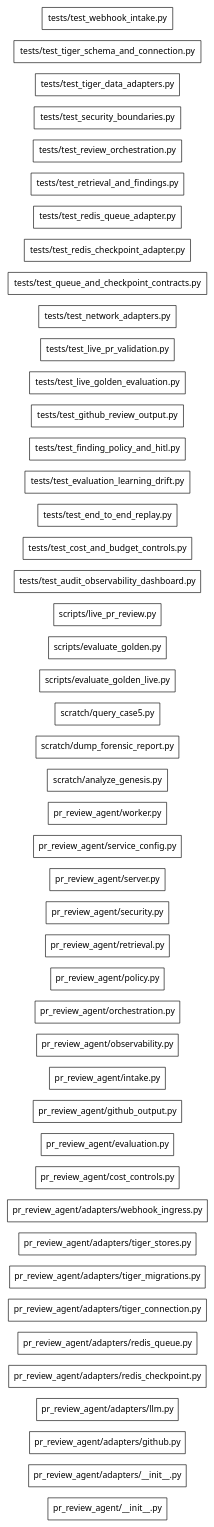
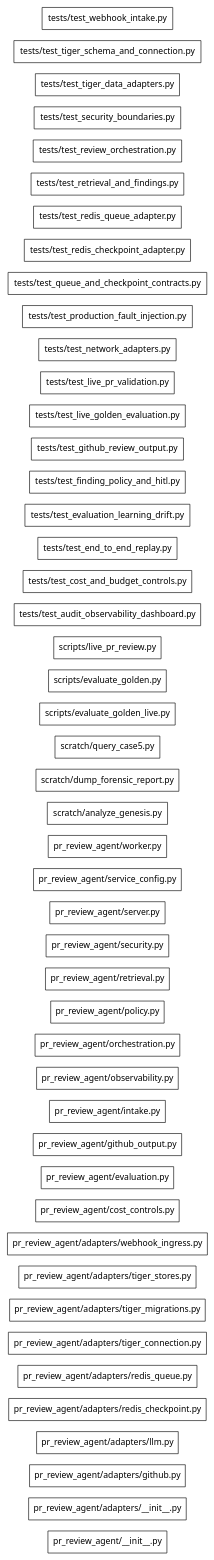
One commit to Ayush-Kant/PR-Review-Agent changed the diagram in .genesis/index/graph.dot. Above: the diagram before and after it, drawn with Graphviz. The commit also changed 8 other files, not shown here.

Commit message:
test(reliability): prove production infrastructure fault injection and safety (W1-07)

```diff
--- a/.genesis/index/graph.dot
+++ b/.genesis/index/graph.dot
@@ -1,51 +1,52 @@
 digraph genesis {
   rankdir=LR;
   node [shape=box,fontname="system-ui"];
   "file:pr_review_agent/__init__.py" [label="pr_review_agent/__init__.py",class="file"];
   "file:pr_review_agent/adapters/__init__.py" [label="pr_review_agent/adapters/__init__.py",class="file"];
   "file:pr_review_agent/adapters/github.py" [label="pr_review_agent/adapters/github.py",class="file"];
   "file:pr_review_agent/adapters/llm.py" [label="pr_review_agent/adapters/llm.py",class="file"];
   "file:pr_review_agent/adapters/redis_checkpoint.py" [label="pr_review_agent/adapters/redis_checkpoint.py",class="file"];
   "file:pr_review_agent/adapters/redis_queue.py" [label="pr_review_agent/adapters/redis_queue.py",class="file"];
   "file:pr_review_agent/adapters/tiger_connection.py" [label="pr_review_agent/adapters/tiger_connection.py",class="file"];
   "file:pr_review_agent/adapters/tiger_migrations.py" [label="pr_review_agent/adapters/tiger_migrations.py",class="file"];
   "file:pr_review_agent/adapters/tiger_stores.py" [label="pr_review_agent/adapters/tiger_stores.py",class="file"];
   "file:pr_review_agent/adapters/webhook_ingress.py" [label="pr_review_agent/adapters/webhook_ingress.py",class="file"];
   "file:pr_review_agent/cost_controls.py" [label="pr_review_agent/cost_controls.py",class="file"];
   "file:pr_review_agent/evaluation.py" [label="pr_review_agent/evaluation.py",class="file"];
   "file:pr_review_agent/github_output.py" [label="pr_review_agent/github_output.py",class="file"];
   "file:pr_review_agent/intake.py" [label="pr_review_agent/intake.py",class="file"];
   "file:pr_review_agent/observability.py" [label="pr_review_agent/observability.py",class="file"];
   "file:pr_review_agent/orchestration.py" [label="pr_review_agent/orchestration.py",class="file"];
   "file:pr_review_agent/policy.py" [label="pr_review_agent/policy.py",class="file"];
   "file:pr_review_agent/retrieval.py" [label="pr_review_agent/retrieval.py",class="file"];
   "file:pr_review_agent/security.py" [label="pr_review_agent/security.py",class="file"];
   "file:pr_review_agent/server.py" [label="pr_review_agent/server.py",class="file"];
   "file:pr_review_agent/service_config.py" [label="pr_review_agent/service_config.py",class="file"];
   "file:pr_review_agent/worker.py" [label="pr_review_agent/worker.py",class="file"];
   "file:scratch/analyze_genesis.py" [label="scratch/analyze_genesis.py",class="file"];
   "file:scratch/dump_forensic_report.py" [label="scratch/dump_forensic_report.py",class="file"];
   "file:scratch/query_case5.py" [label="scratch/query_case5.py",class="file"];
   "file:scripts/evaluate_golden_live.py" [label="scripts/evaluate_golden_live.py",class="file"];
   "file:scripts/evaluate_golden.py" [label="scripts/evaluate_golden.py",class="file"];
   "file:scripts/live_pr_review.py" [label="scripts/live_pr_review.py",class="file"];
   "file:tests/test_audit_observability_dashboard.py" [label="tests/test_audit_observability_dashboard.py",class="file"];
   "file:tests/test_cost_and_budget_controls.py" [label="tests/test_cost_and_budget_controls.py",class="file"];
   "file:tests/test_end_to_end_replay.py" [label="tests/test_end_to_end_replay.py",class="file"];
   "file:tests/test_evaluation_learning_drift.py" [label="tests/test_evaluation_learning_drift.py",class="file"];
   "file:tests/test_finding_policy_and_hitl.py" [label="tests/test_finding_policy_and_hitl.py",class="file"];
   "file:tests/test_github_review_output.py" [label="tests/test_github_review_output.py",class="file"];
   "file:tests/test_live_golden_evaluation.py" [label="tests/test_live_golden_evaluation.py",class="file"];
   "file:tests/test_live_pr_validation.py" [label="tests/test_live_pr_validation.py",class="file"];
   "file:tests/test_network_adapters.py" [label="tests/test_network_adapters.py",class="file"];
+  "file:tests/test_production_fault_injection.py" [label="tests/test_production_fault_injection.py",class="file"];
   "file:tests/test_queue_and_checkpoint_contracts.py" [label="tests/test_queue_and_checkpoint_contracts.py",class="file"];
   "file:tests/test_redis_checkpoint_adapter.py" [label="tests/test_redis_checkpoint_adapter.py",class="file"];
   "file:tests/test_redis_queue_adapter.py" [label="tests/test_redis_queue_adapter.py",class="file"];
   "file:tests/test_retrieval_and_findings.py" [label="tests/test_retrieval_and_findings.py",class="file"];
   "file:tests/test_review_orchestration.py" [label="tests/test_review_orchestration.py",class="file"];
   "file:tests/test_security_boundaries.py" [label="tests/test_security_boundaries.py",class="file"];
   "file:tests/test_tiger_data_adapters.py" [label="tests/test_tiger_data_adapters.py",class="file"];
   "file:tests/test_tiger_schema_and_connection.py" [label="tests/test_tiger_schema_and_connection.py",class="file"];
   "file:tests/test_webhook_intake.py" [label="tests/test_webhook_intake.py",class="file"];
 
 }
```
